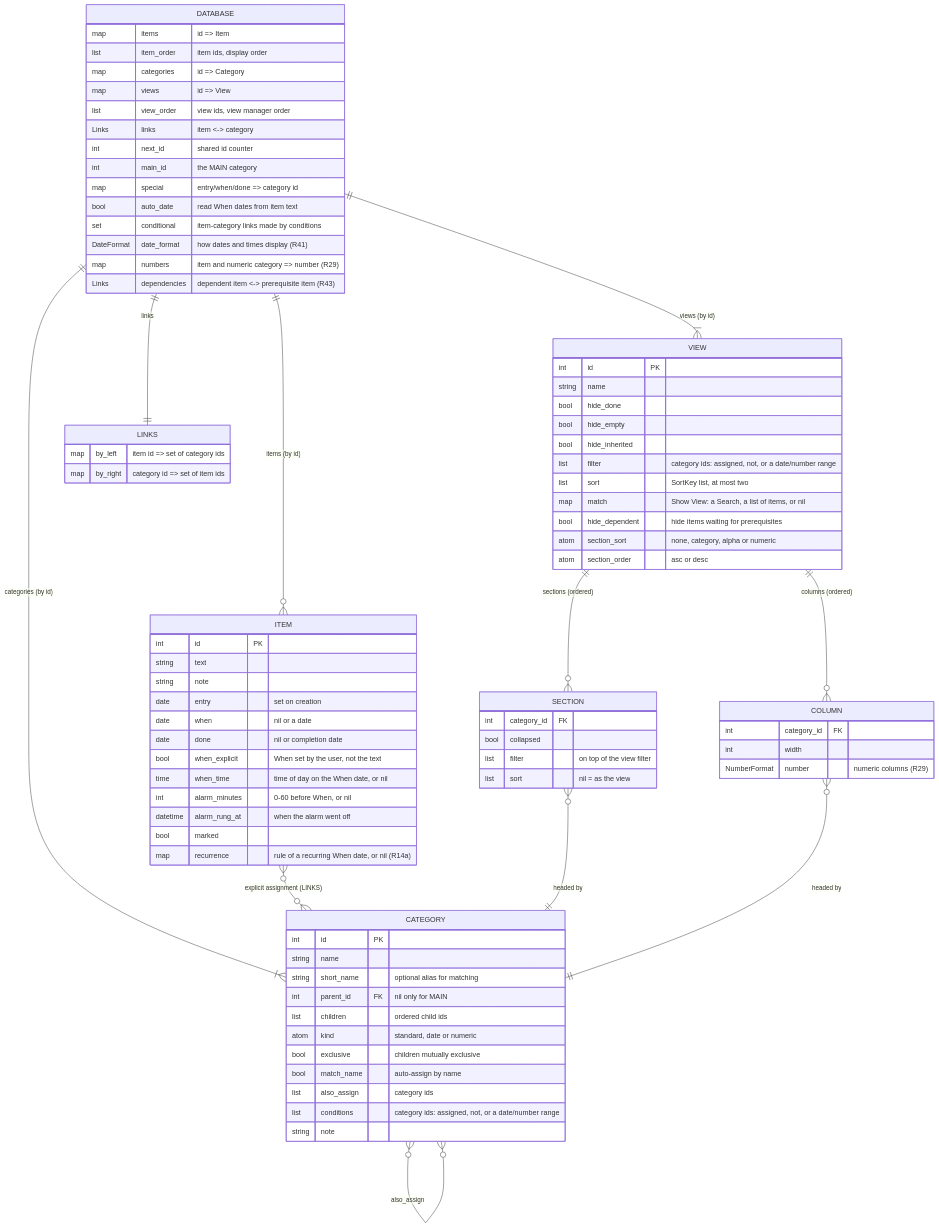
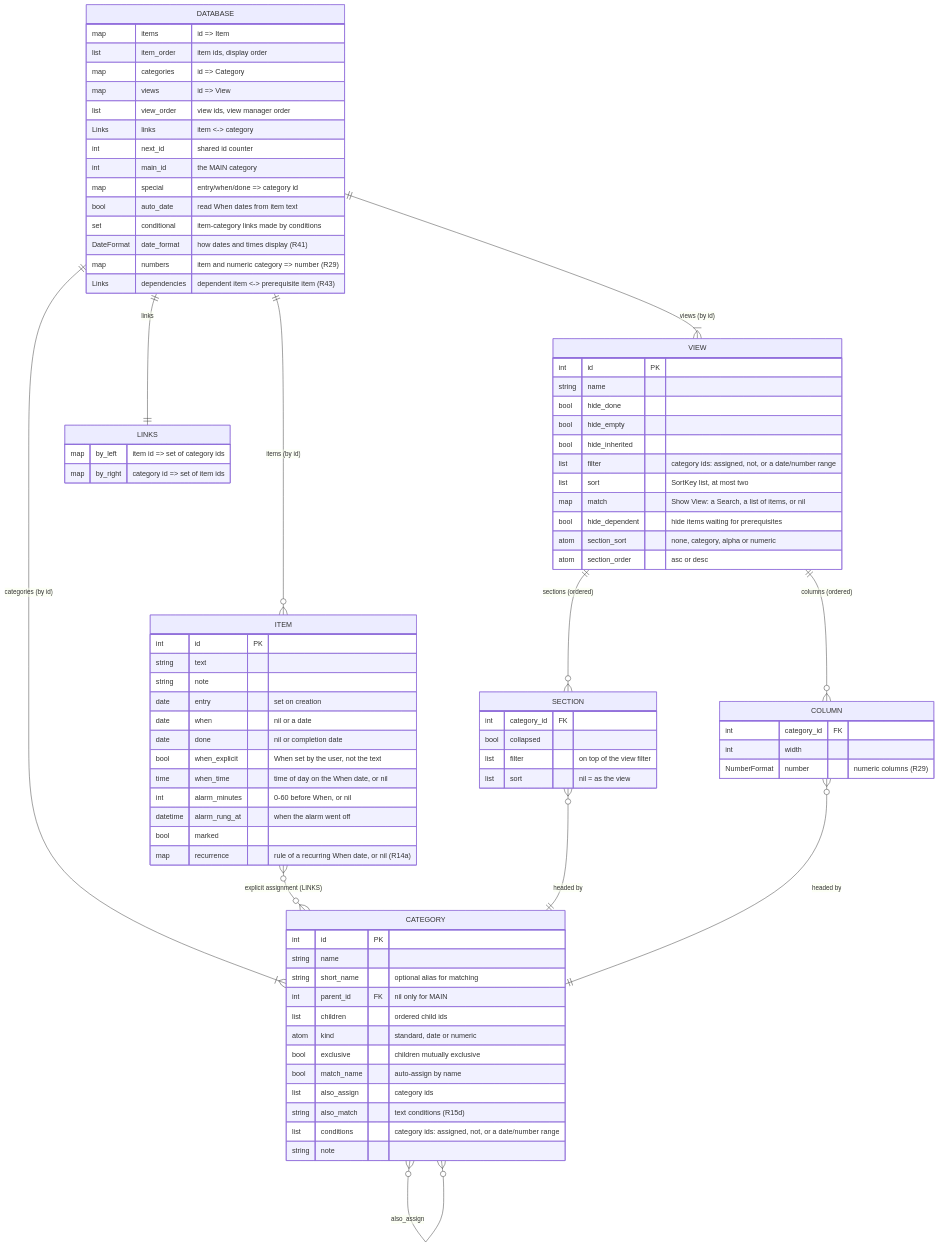
One commit to jamting/agendum changed the first of 6 diagrams in docs/DATA_MODEL.md. Above: the diagram before and after it, drawn with Mermaid. The commit also changed other lines of this file and 16 other files, not shown here.

First line of the commit message:
Add text conditions and conditional text matches (R15c, R15d)

```diff
--- a/docs/DATA_MODEL.md
+++ b/docs/DATA_MODEL.md
@@ -63,6 +63,7 @@
         bool exclusive "children mutually exclusive"
         bool match_name "auto-assign by name"
         list also_assign "category ids"
+        string also_match "text conditions (R15d)"
         list conditions "category ids: assigned, not, or a date/number range"
         string note
     }
```
